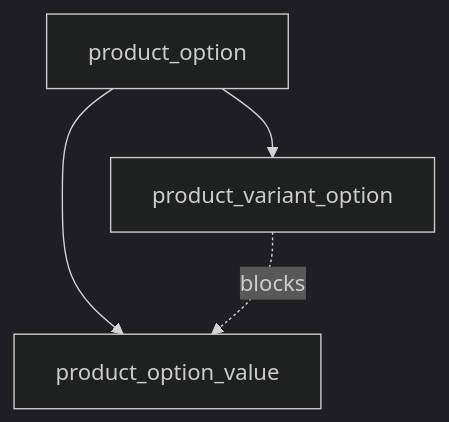
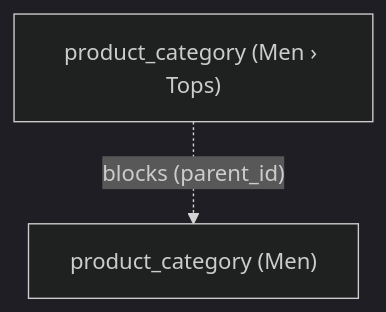
One commit to wildcant/proteus changed the ninth of 9 diagrams in docs/soft-delete-cascade.md. Above: the diagram before and after it, drawn with Mermaid (dark theme). The commit also changed other lines of this file and 30 other files, not shown here.

````diff
--- a/docs/soft-delete-cascade.md
+++ b/docs/soft-delete-cascade.md
@@ -279,6 +284,5 @@
 ```mermaid
 flowchart TD
-  R["product_option"] --> V["product_option_value"]
-  R --> H["product_variant_option"]
-  H -. blocks .-> V
+  P["product_category (Men)"]
+  C["product_category (Men › Tops)"] -. "blocks (parent_id)" .-> P
 ```
````
